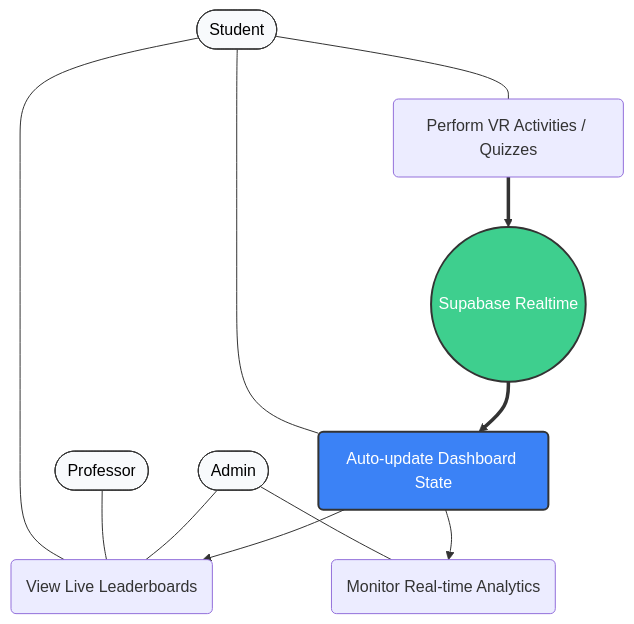
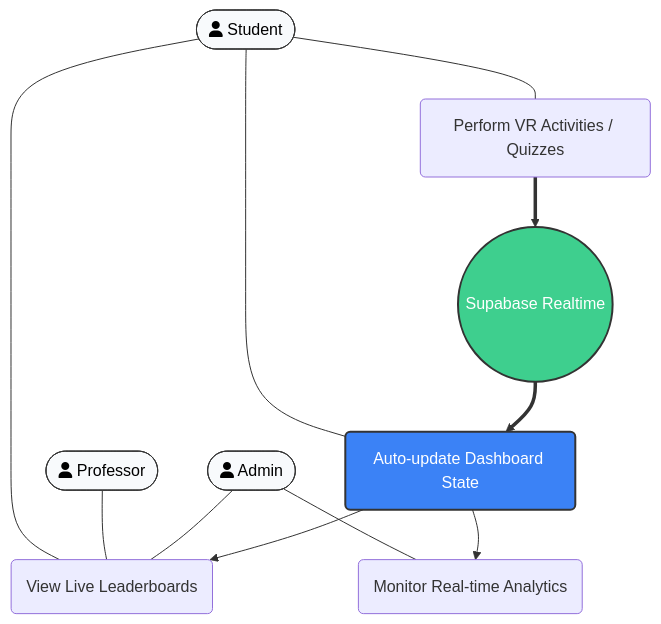
One commit to whayneGrageda/VR_Nationalian changed the second of 2 diagrams in README.md. Above: the diagram before and after it, drawn with Mermaid. The commit also changed other lines of this file, not shown here.

Commit message:
Update README.md again

````diff
--- a/README.md
+++ b/README.md
@@ -132,35 +132,35 @@
 ```mermaid
 graph TD
     %% Actors
-    Student([Student])
-    Professor([Professor])
-    Admin([Admin])
+    Student([fa:fa-user Student])
+    Professor([fa:fa-user Professor])
+    Admin([fa:fa-user Admin])
     Supabase((Supabase Realtime))
 
     %% Use Cases
     UC1(Perform VR Activities / Quizzes)
     UC2(View Live Leaderboards)
     UC3(Monitor Real-time Analytics)
     UC4(Auto-update Dashboard State)
 
     %% Relationships
     Student --- UC1
     Student --- UC4
     Student --- UC2
     Professor --- UC2
     Admin --- UC2
     Admin --- UC3
 
     %% Realtime Flow
     UC1 ==> Supabase
     Supabase ==> UC4
     UC4 --> UC2
     UC4 --> UC3
 
     %% Styling
     style Supabase fill:#3ecf8e,stroke:#333,stroke-width:2px,color:#fff
     style UC4 fill:#3b82f6,stroke:#333,stroke-width:2px,color:#fff
     style Student fill:#f8fafc,stroke:#333,color:#000
     style Professor fill:#f8fafc,stroke:#333,color:#000
     style Admin fill:#f8fafc,stroke:#333,color:#000
 ```
````
